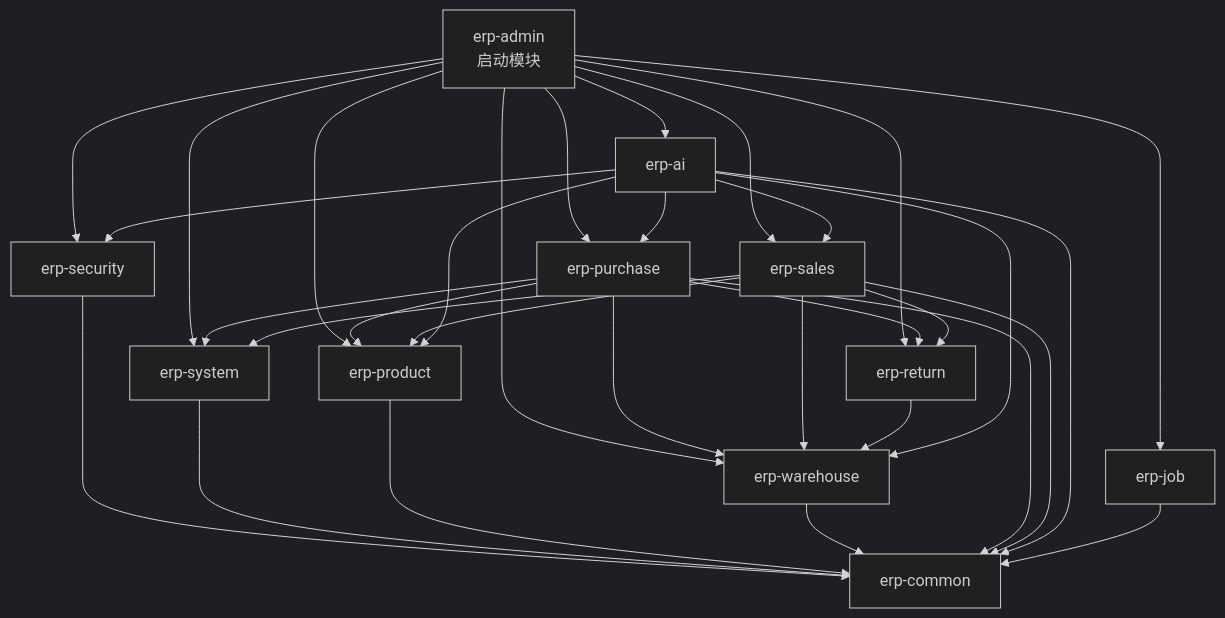
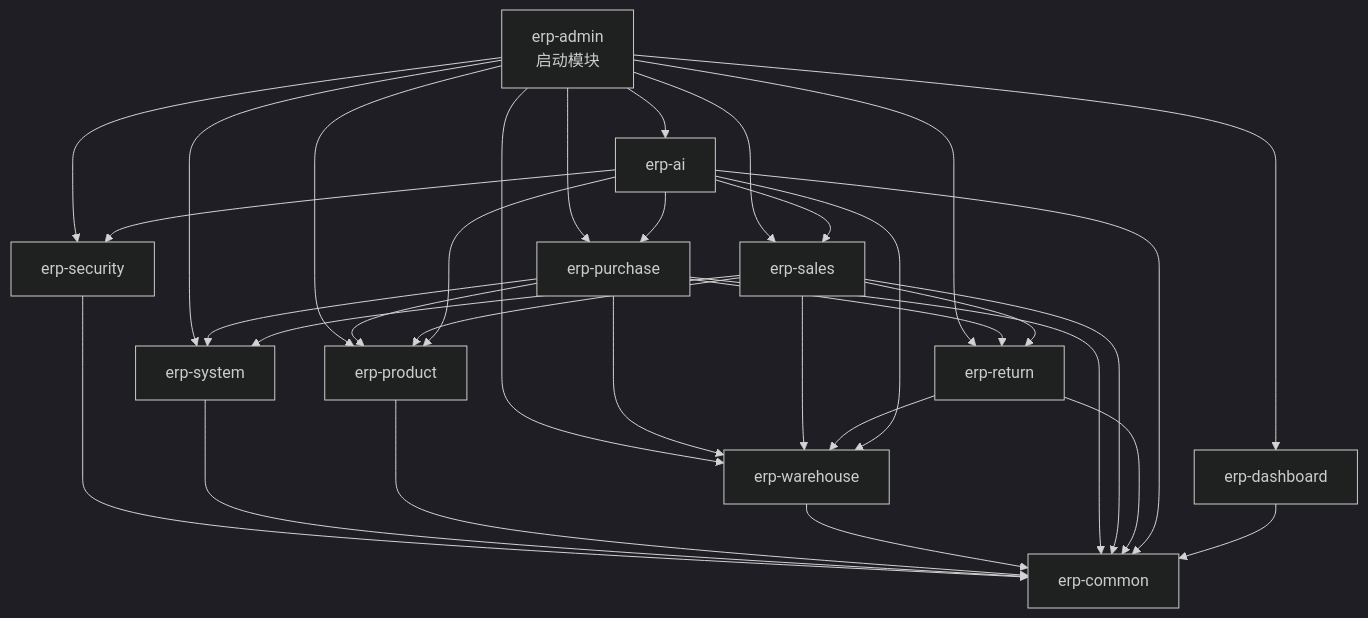
The second of 11 diagrams in docs/erp-project-plan.md (LI-S-H/qiheng-erp), drawn with Mermaid (dark theme) before and after one commit. The commit also changed other lines of this file and 22 other files, not shown here.

Commit message:
chore: 删除空 erp-job 模块,修复文档与代码/数据库不一致,产品参考采购价改用 product:manage 校验

````diff
--- a/docs/erp-project-plan.md
+++ b/docs/erp-project-plan.md
@@ -134,39 +134,40 @@
 ```mermaid
 flowchart TD
     Admin["erp-admin<br/>启动模块"] --> Security["erp-security"]
     Admin --> System["erp-system"]
     Admin --> Product["erp-product"]
     Admin --> Warehouse["erp-warehouse"]
     Admin --> Purchase["erp-purchase"]
     Admin --> Sales["erp-sales"]
     Admin --> Return["erp-return"]
     Admin --> AI["erp-ai"]
-    Admin --> Job["erp-job"]
+    Admin --> Dashboard["erp-dashboard"]
 
     Security --> Common["erp-common"]
     System --> Common
     Product --> Common
     Warehouse --> Common
     Purchase --> Common
     Sales --> Common
+    Return --> Common
     AI --> Common
-    Job --> Common
+    Dashboard --> Common
 
     Purchase --> Product
     Purchase --> Warehouse
     Purchase --> System
 
     Sales --> Product
     Sales --> Warehouse
     Sales --> System
 
     Purchase --> Return
     Sales --> Return
     Return --> Warehouse
 
     AI --> Security
     AI --> Product
     AI --> Warehouse
     AI --> Purchase
     AI --> Sales
 ```
````
